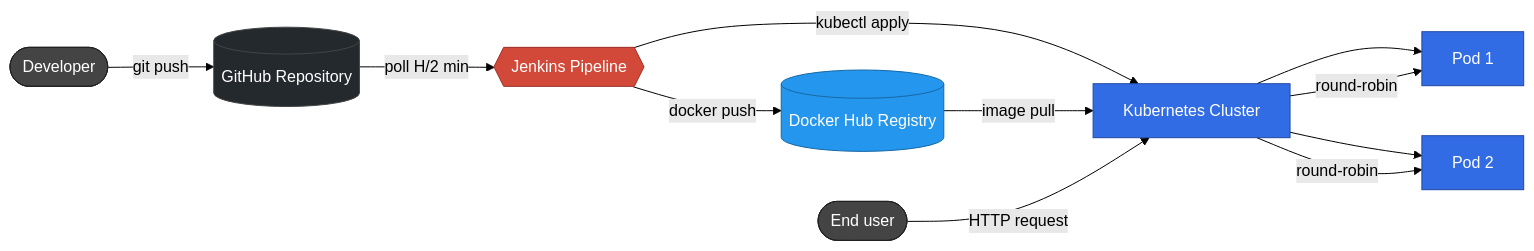
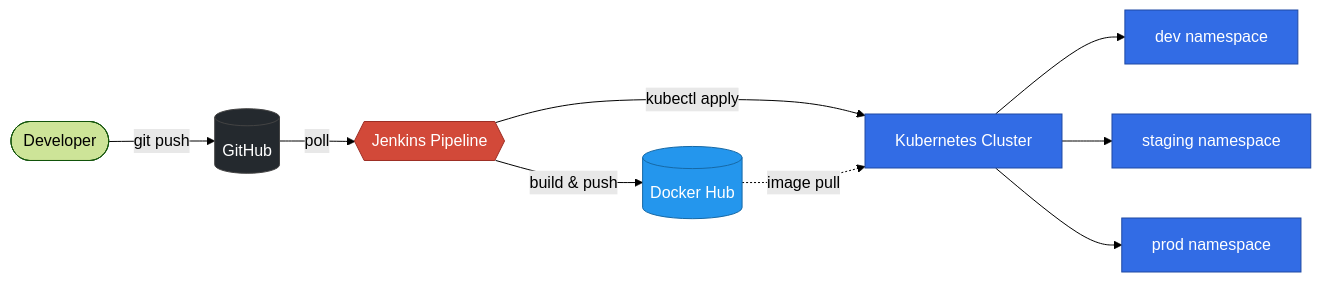
Before and after one commit to SriGaneshNainala/automated-deployment-pipeline: the first of 2 diagrams in README.md, drawn with Mermaid (forest theme). The commit also changed other lines of this file and 1 other file, not shown here.

Commit message:
Add dev/staging/prod approval gates and updated README

````diff
--- a/README.md
+++ b/README.md
@@ -37,33 +13,29 @@
 ```mermaid
 flowchart LR
     Dev([Developer])
-    GH[(GitHub Repository)]
+    GH[(GitHub)]
     J{{Jenkins Pipeline}}
-    DH[(Docker Hub Registry)]
-    K8s[Kubernetes Cluster]
-    Pod1[Pod 1]
-    Pod2[Pod 2]
-    User([End user])
+    DH[(Docker Hub)]
+    K[Kubernetes Cluster]
+    NS1[dev namespace]
+    NS2[staging namespace]
+    NS3[prod namespace]
 
     Dev -->|git push| GH
-    GH -->|poll H/2 min| J
-    J -->|docker push| DH
-    J -->|kubectl apply| K8s
-    DH -->|image pull| K8s
-    K8s --> Pod1
-    K8s --> Pod2
-    User -->|HTTP request| K8s
-    K8s -->|round-robin| Pod1
-    K8s -->|round-robin| Pod2
+    GH -->|poll| J
+    J -->|build & push| DH
+    J -->|kubectl apply| K
+    K --> NS1
+    K --> NS2
+    K --> NS3
+    DH -.image pull.-> K
 
     classDef src fill:#24292e,stroke:#444,color:#fff
     classDef pipe fill:#D24939,stroke:#9c2e25,color:#fff
     classDef reg fill:#2496ED,stroke:#1769a6,color:#fff
     classDef k fill:#326CE5,stroke:#1f49a3,color:#fff
-    classDef ext fill:#444,stroke:#222,color:#fff
     class GH src
     class J pipe
     class DH reg
-    class K8s,Pod1,Pod2 k
-    class Dev,User ext
+    class K,NS1,NS2,NS3 k
 ```
````
